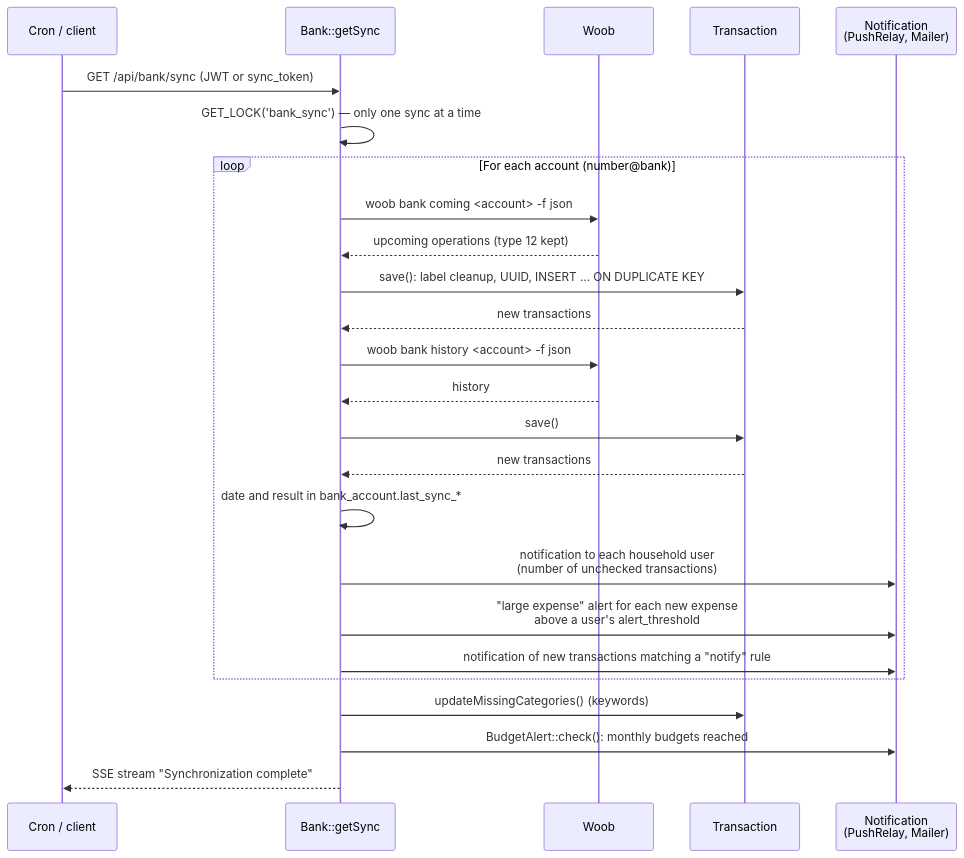
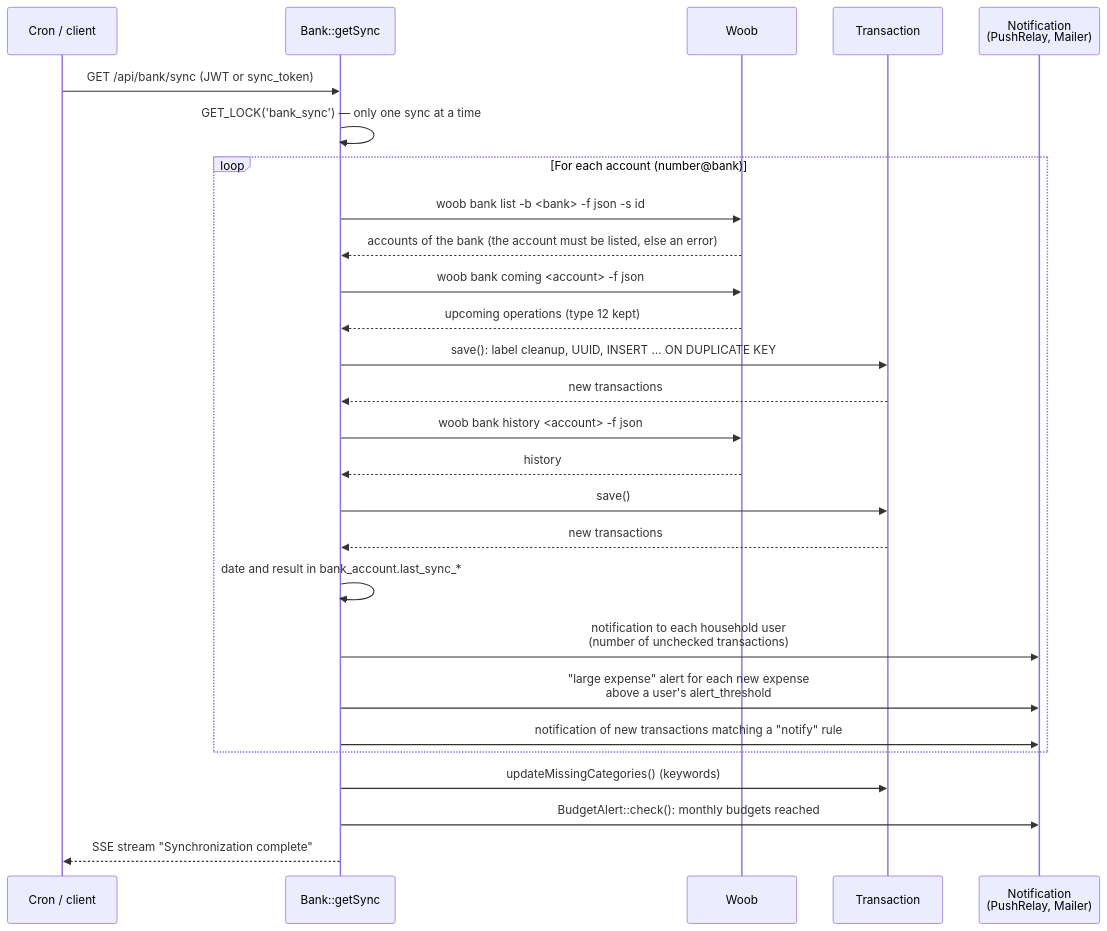
The third of 4 diagrams in docs/architecture.en.md (ltoinel/Carbure), drawn with Mermaid before and after one commit. The commit also changed 15 other files, not shown here.

First line of the commit message:
fix(sync): list the accounts of the bank before the transactions

````diff
--- a/docs/architecture.en.md
+++ b/docs/architecture.en.md
@@ -78,27 +78,29 @@
 ```mermaid
 sequenceDiagram
     participant P as Cron / client
     participant B as Bank::getSync
     participant W as Woob
     participant T as Transaction
     participant D as Notification<br/>(PushRelay, Mailer)
     P->>B: GET /api/bank/sync (JWT or sync_token)
     B->>B: GET_LOCK('bank_sync') — only one sync at a time
     loop For each account (number@bank)
+        B->>W: woob bank list -b <bank> -f json -s id
+        W-->>B: accounts of the bank (the account must be listed, else an error)
         B->>W: woob bank coming <account> -f json
         W-->>B: upcoming operations (type 12 kept)
         B->>T: save(): label cleanup, UUID, INSERT … ON DUPLICATE KEY
         T-->>B: new transactions
         B->>W: woob bank history <account> -f json
         W-->>B: history
         B->>T: save()
         T-->>B: new transactions
         B->>B: date and result in bank_account.last_sync_*
         B->>D: notification to each household user<br/>(number of unchecked transactions)
         B->>D: "large expense" alert for each new expense<br/>above a user's alert_threshold
         B->>D: notification of new transactions matching a "notify" rule
     end
     B->>T: updateMissingCategories() (keywords)
     B->>D: BudgetAlert::check(): monthly budgets reached
     B-->>P: SSE stream "Synchronization complete"
 ```
````
